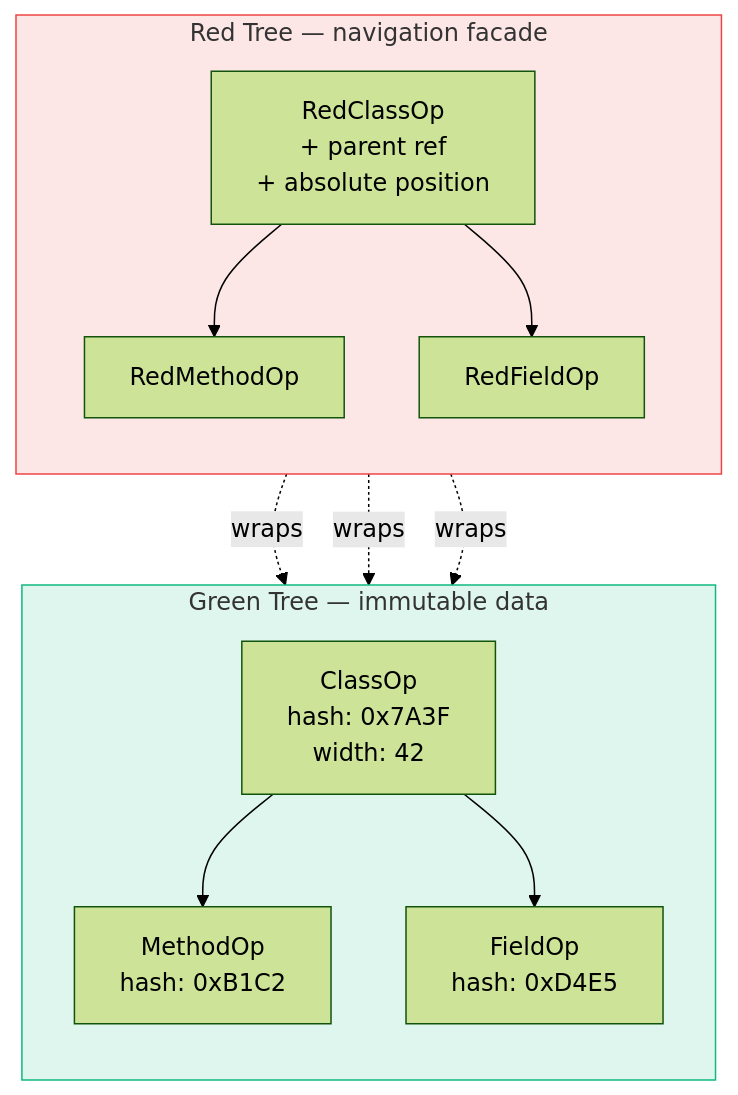
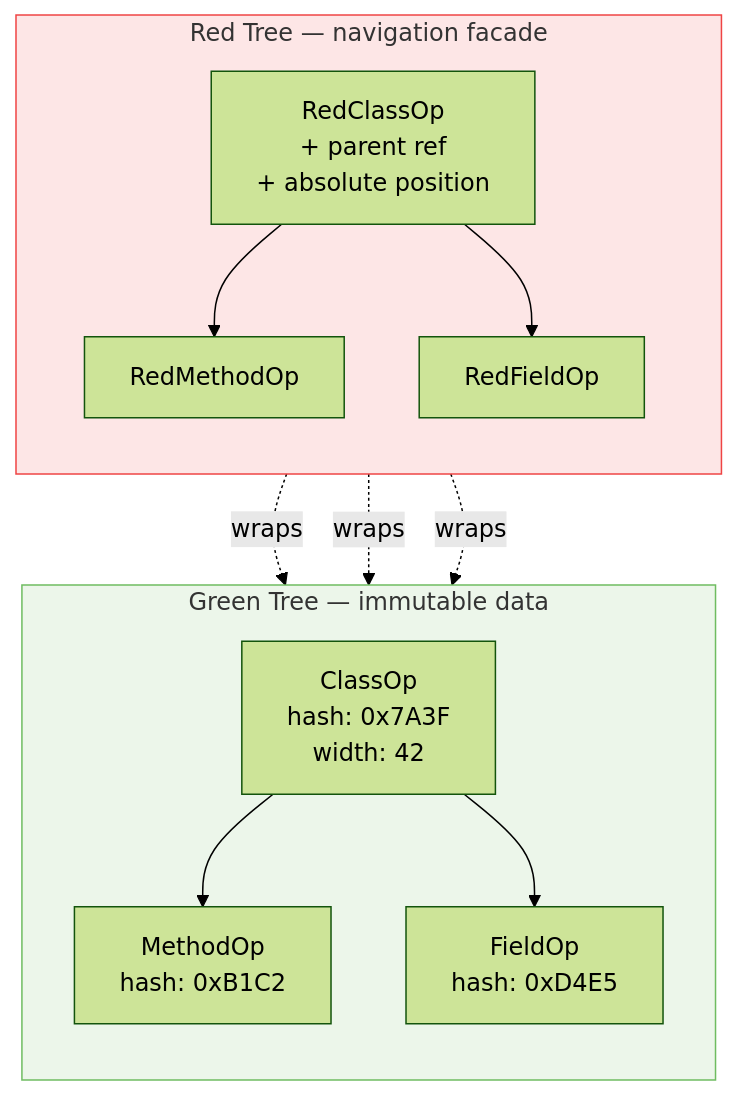
Before and after one commit to alnovis/nebula: the fourth of 5 diagrams in content/blog/compiler-ideas-for-code-generation.md, drawn with Mermaid (forest theme). The commit also changed other lines of this file and 4 other files, not shown here.

First line of the commit message:
feat(style): matched palette for diagram layers and the CDN page

````diff
--- a/content/blog/compiler-ideas-for-code-generation.md
+++ b/content/blog/compiler-ideas-for-code-generation.md
@@ -199,26 +199,26 @@
 ```mermaid
 flowchart TB
     subgraph red["Red Tree — navigation facade"]
         direction TB
         R1["RedClassOp\n+ parent ref\n+ absolute position"]
         R2["RedMethodOp"]
         R3["RedFieldOp"]
         R1 --> R2
         R1 --> R3
     end
     subgraph green["Green Tree — immutable data"]
         direction TB
         G1["ClassOp\nhash: 0x7A3F\nwidth: 42"]
         G2["MethodOp\nhash: 0xB1C2"]
         G3["FieldOp\nhash: 0xD4E5"]
         G1 --> G2
         G1 --> G3
     end
 
     R1 -. "wraps" .-> G1
     R2 -. "wraps" .-> G2
     R3 -. "wraps" .-> G3
 
     style red fill:#ef444422,stroke:#ef4444
-    style green fill:#10b98122,stroke:#10b981
+    style green fill:#6fbc6122,stroke:#6fbc61
 ```
````
